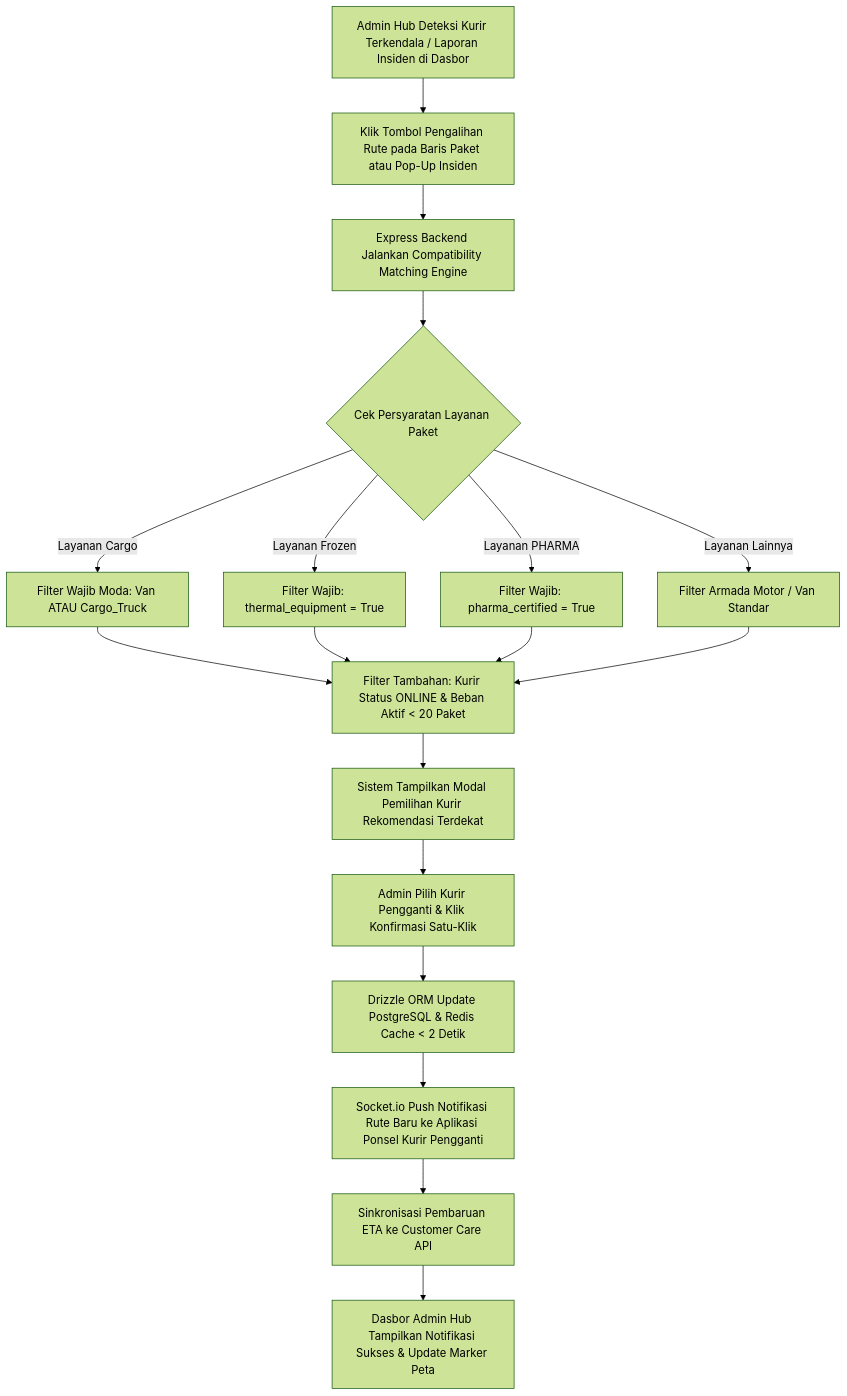
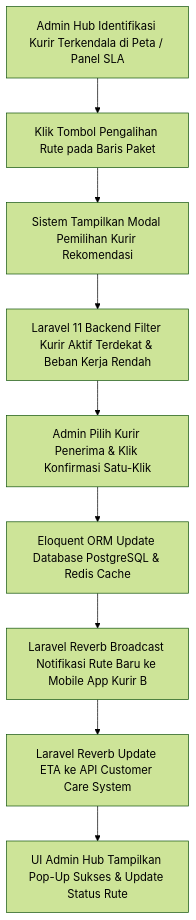
One commit to Ampasan/anteraja-capstone-naufalrakanramadhan changed the diagram in docs/frd/FRD-03-one-click-task-reassignment.md. Above: the diagram before and after it, drawn with Mermaid (forest theme). The commit also changed other lines of this file and 26 other files, not shown here.

Commit message:
feat: add UI design assets, also update PRD/FRD and replace the backend with Laravel.

````diff
--- a/docs/frd/FRD-03-one-click-task-reassignment.md
+++ b/docs/frd/FRD-03-one-click-task-reassignment.md
@@ -23,22 +21,11 @@
 ```mermaid
 graph TD
-    A[Admin Hub Deteksi Kurir Terkendala / Laporan Insiden di Dasbor] --> B[Klik Tombol Pengalihan Rute pada Baris Paket atau Pop-Up Insiden]
-    B --> C[Express Backend Jalankan Compatibility Matching Engine]
-    C --> D{Cek Persyaratan Layanan Paket}
-    D -- "Layanan Cargo" --> E1[Filter Wajib Moda: Van ATAU Cargo_Truck]
-    D -- "Layanan Frozen" --> E2[Filter Wajib: thermal_equipment = True]
-    D -- "Layanan PHARMA" --> E3[Filter Wajib: pharma_certified = True]
-    D -- "Layanan Lainnya" --> E4[Filter Armada Motor / Van Standar]
-    
-    E1 --> F[Filter Tambahan: Kurir Status ONLINE & Beban Aktif < 20 Paket]
-    E2 --> F
-    E3 --> F
-    E4 --> F
-    
-    F --> G[Sistem Tampilkan Modal Pemilihan Kurir Rekomendasi Terdekat]
-    G --> H[Admin Pilih Kurir Pengganti & Klik Konfirmasi Satu-Klik]
-    H --> I[Drizzle ORM Update PostgreSQL & Redis Cache < 2 Detik]
-    I --> J[Socket.io Push Notifikasi Rute Baru ke Aplikasi Ponsel Kurir Pengganti]
-    J --> K[Sinkronisasi Pembaruan ETA ke Customer Care API]
-    K --> L[Dasbor Admin Hub Tampilkan Notifikasi Sukses & Update Marker Peta]
+    A[Admin Hub Identifikasi Kurir Terkendala di Peta / Panel SLA] --> B[Klik Tombol Pengalihan Rute pada Baris Paket]
+    B --> C[Sistem Tampilkan Modal Pemilihan Kurir Rekomendasi]
+    C --> D[Laravel 11 Backend Filter Kurir Aktif Terdekat & Beban Kerja Rendah]
+    D --> E[Admin Pilih Kurir Penerima & Klik Konfirmasi Satu-Klik]
+    E --> F[Eloquent ORM Update Database PostgreSQL & Redis Cache]
+    F --> G[Laravel Reverb Broadcast Notifikasi Rute Baru ke Mobile App Kurir B]
+    G --> H[Laravel Reverb Update ETA ke API Customer Care System]
+    H --> I[UI Admin Hub Tampilkan Pop-Up Sukses & Update Status Rute]
 ```
````
